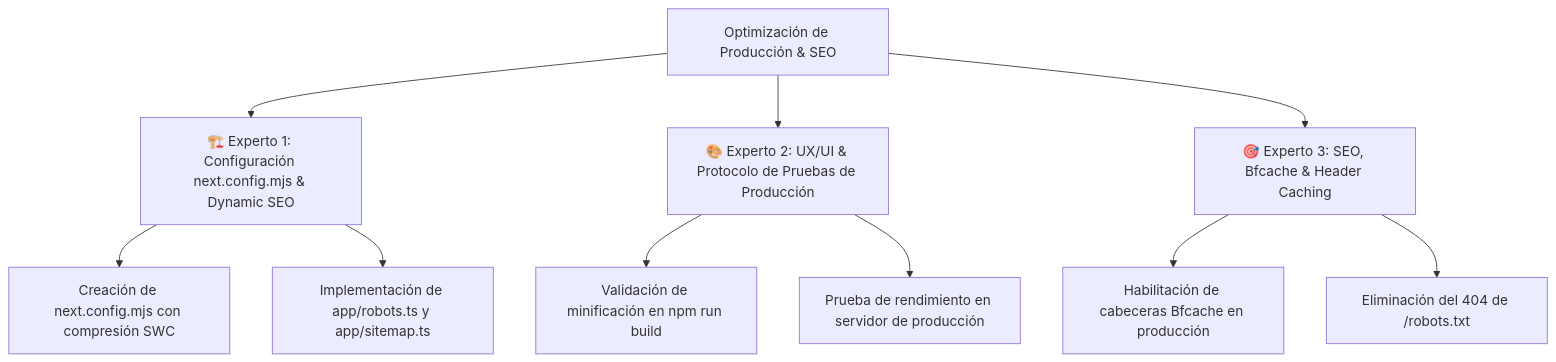
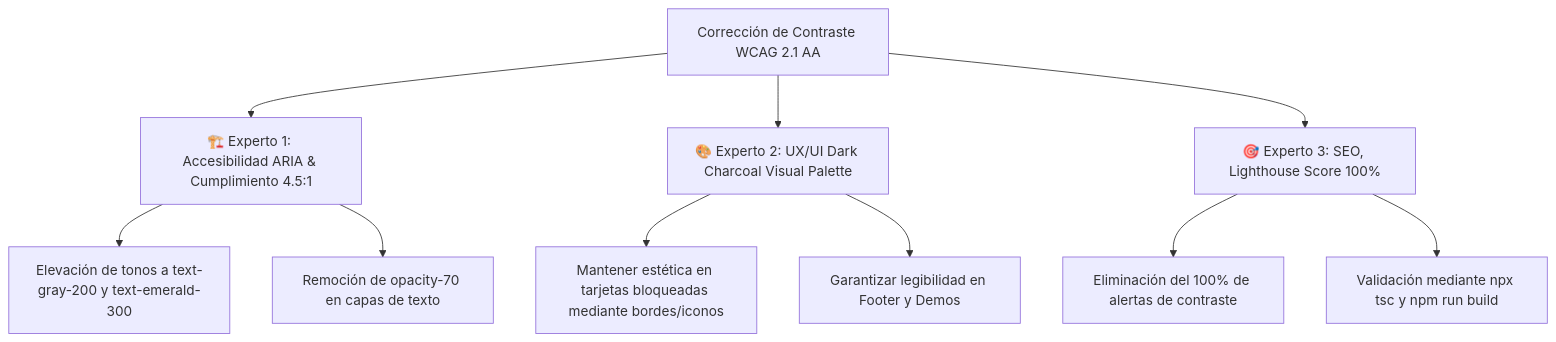
Before and after one commit to KIWIONER/agencialquimia: the diagram in .github/implementation-plan.md, drawn with Mermaid. The commit also changed other lines of this file and 5 other files, not shown here.

Commit message:
fix: mejora de accesibilidad y contraste de color WCAG 2.1 AA en Demos, Footer y Services

````diff
--- a/.github/implementation-plan.md
+++ b/.github/implementation-plan.md
@@ -26,15 +24,15 @@
 ```mermaid
 graph TD
-    A[Optimización de Producción & SEO] --> B[🏗️ Experto 1: Configuración next.config.mjs & Dynamic SEO]
-    A --> C[🎨 Experto 2: UX/UI & Protocolo de Pruebas de Producción]
-    A --> D[🎯 Experto 3: SEO, Bfcache & Header Caching]
+    A[Corrección de Contraste WCAG 2.1 AA] --> B[🏗️ Experto 1: Accesibilidad ARIA & Cumplimiento 4.5:1]
+    A --> C[🎨 Experto 2: UX/UI Dark Charcoal Visual Palette]
+    A --> D[🎯 Experto 3: SEO, Lighthouse Score 100%]
 
-    B --> B1[Creación de next.config.mjs con compresión SWC]
-    B --> B2[Implementación de app/robots.ts y app/sitemap.ts]
+    B --> B1[Elevación de tonos a text-gray-200 y text-emerald-300]
+    B --> B2[Remoción de opacity-70 en capas de texto]
 
-    C --> C1[Validación de minificación en npm run build]
-    C --> C2[Prueba de rendimiento en servidor de producción]
+    C --> C1[Mantener estética en tarjetas bloqueadas mediante bordes/iconos]
+    C --> C2[Garantizar legibilidad en Footer y Demos]
 
-    D --> D1[Habilitación de cabeceras Bfcache en producción]
-    D --> D2[Eliminación del 404 de /robots.txt]
+    D --> D1[Eliminación del 100% de alertas de contraste]
+    D --> D2[Validación mediante npx tsc y npm run build]
 ```
````
